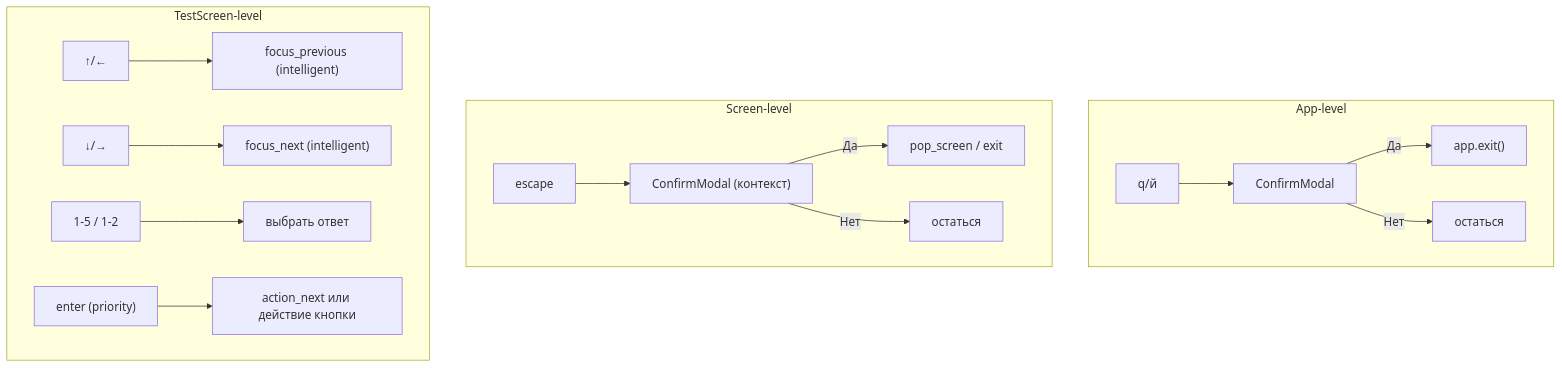
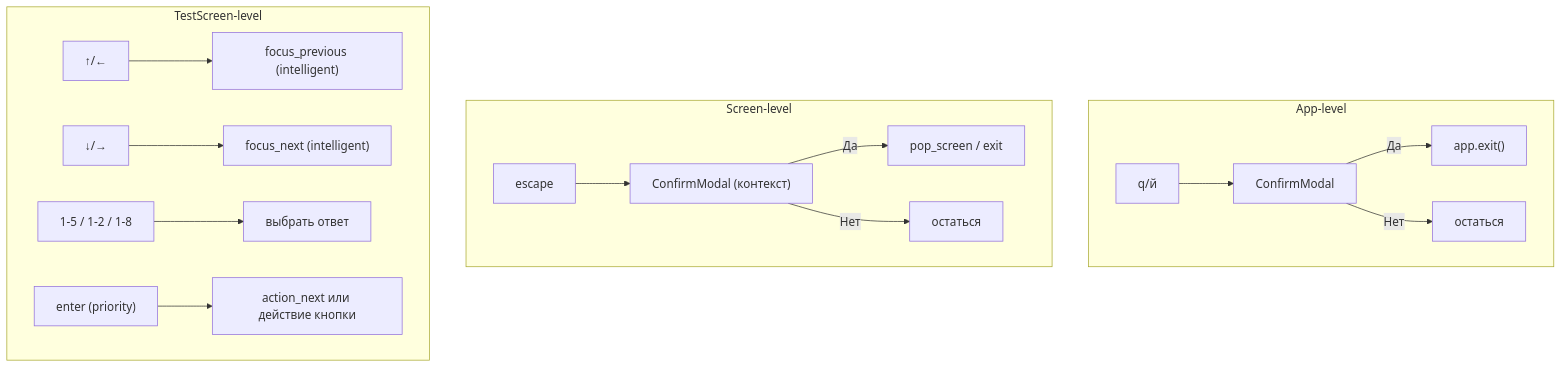
Before and after one commit to levpr1c/psychotests: the third of 7 diagrams in docs/development.md, drawn with Mermaid. The commit also changed other lines of this file and 1 other file, not shown here.

````diff
--- a/docs/development.md
+++ b/docs/development.md
@@ -56,21 +60,21 @@
 ```mermaid
 flowchart TD
     subgraph App-level
         Q["q/й"] --> QuitConfirm["ConfirmModal"]
         QuitConfirm -->|Да| Exit["app.exit()"]
         QuitConfirm -->|Нет| Stay["остаться"]
     end
 
     subgraph Screen-level
         ESC["escape"] --> BackConfirm["ConfirmModal (контекст)"]
         BackConfirm -->|Да| Pop["pop_screen / exit"]
         BackConfirm -->|Нет| Stay2["остаться"]
     end
 
     subgraph TestScreen-level
         UP["↑/←"] --> FocusPrev["focus_previous (intelligent)"]
         DOWN["↓/→"] --> FocusNext["focus_next (intelligent)"]
-        NUM["1-5 / 1-2"] --> Select["выбрать ответ"]
+        NUM["1-5 / 1-2 / 1-8"] --> Select["выбрать ответ"]
         ENTER["enter (priority)"] --> NextOrBack["action_next или действие кнопки"]
     end
 ```
````
